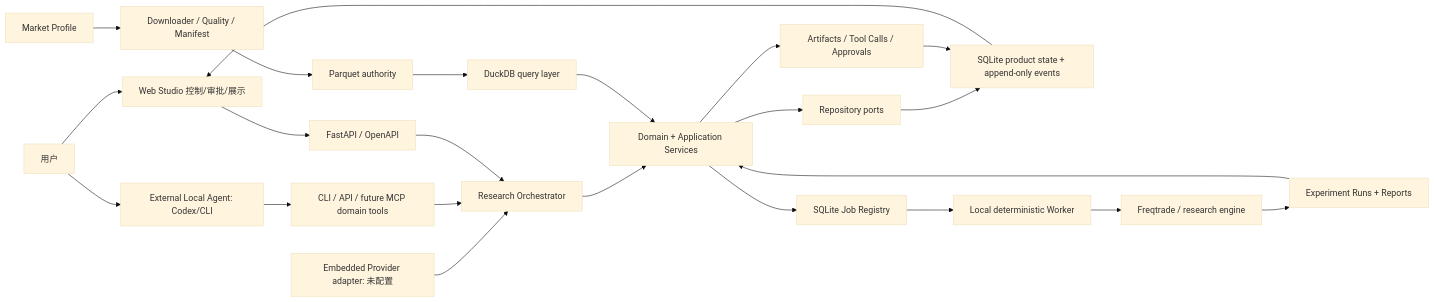
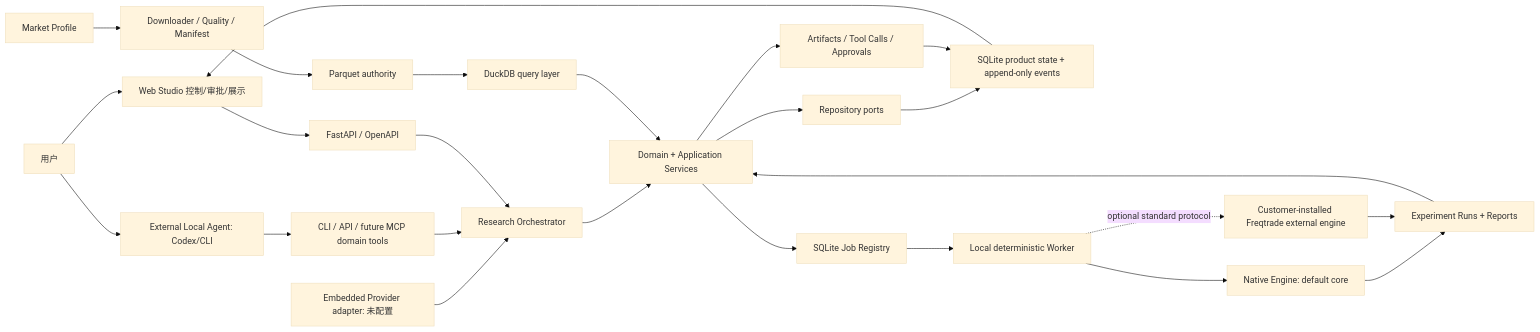
One commit to goodperson888/quant-research-lab changed the first of 3 diagrams in docs/16-产品化目标架构-v1.md. Above: the diagram before and after it, drawn with Mermaid (base theme). The commit also changed other lines of this file and 18 other files, not shown here.

````diff
--- a/docs/16-产品化目标架构-v1.md
+++ b/docs/16-产品化目标架构-v1.md
@@ -11,25 +11,27 @@
 ```mermaid
 flowchart LR
     U["用户"] --> WEB["Web Studio 控制/审批/展示"]
     U --> EA["External Local Agent: Codex/CLI"]
     WEB --> API["FastAPI / OpenAPI"]
     EA --> TOOLS["CLI / API / future MCP domain tools"]
     EP["Embedded Provider adapter: 未配置"] --> ORCH["Research Orchestrator"]
     TOOLS --> ORCH
     API --> ORCH
     ORCH --> DOMAIN["Domain + Application Services"]
     DOMAIN --> REPO["Repository ports"]
     REPO --> APPDB["SQLite product state + append-only events"]
     DOMAIN --> JOBS["SQLite Job Registry"]
     JOBS --> WORKER["Local deterministic Worker"]
-    WORKER --> FT["Freqtrade / research engine"]
-    FT --> RUNS["Experiment Runs + Reports"]
+    WORKER --> NATIVE["Native Engine: default core"]
+    WORKER -. optional standard protocol .-> FT["Customer-installed Freqtrade external engine"]
+    NATIVE --> RUNS["Experiment Runs + Reports"]
+    FT --> RUNS
     MP["Market Profile"] --> DATA["Downloader / Quality / Manifest"]
     DATA --> PARQUET["Parquet authority"]
     PARQUET --> DUCK["DuckDB query layer"]
     DUCK --> DOMAIN
     RUNS --> DOMAIN
     DOMAIN --> AUDIT["Artifacts / Tool Calls / Approvals"]
     AUDIT --> APPDB
     APPDB --> WEB
 ```
````
